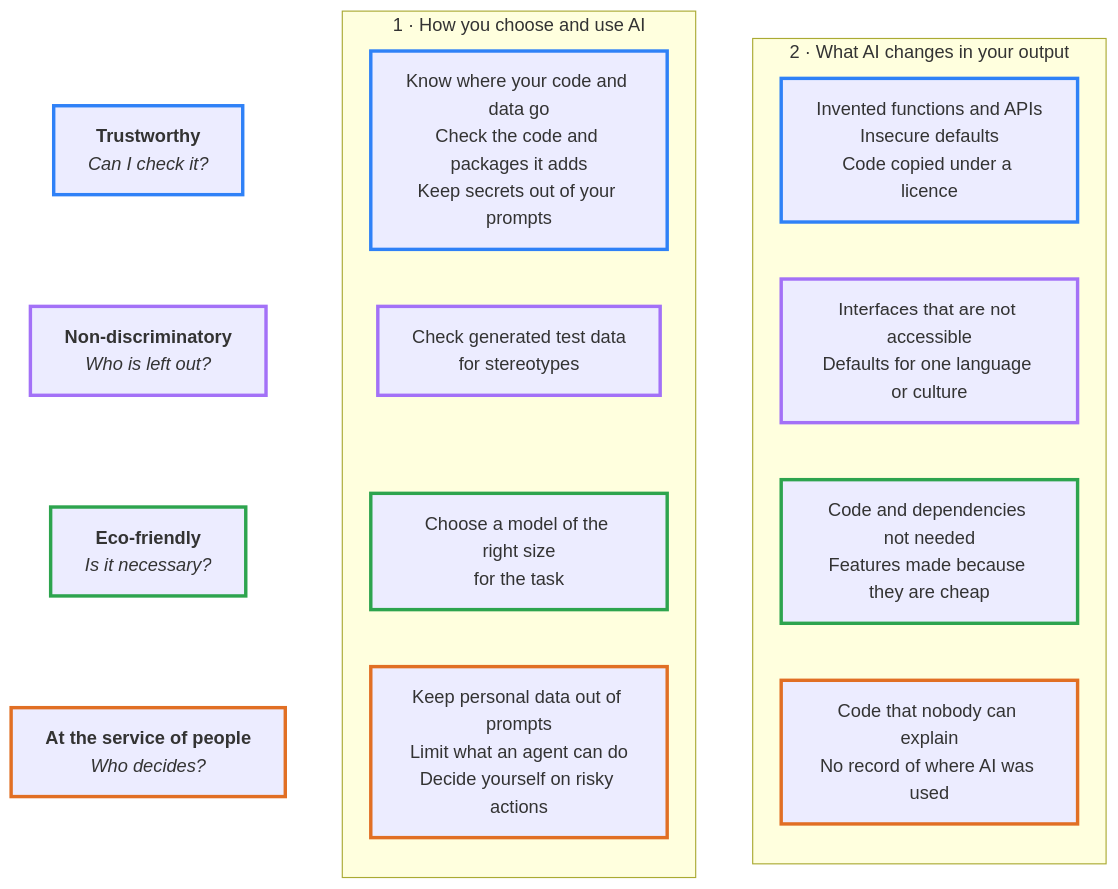
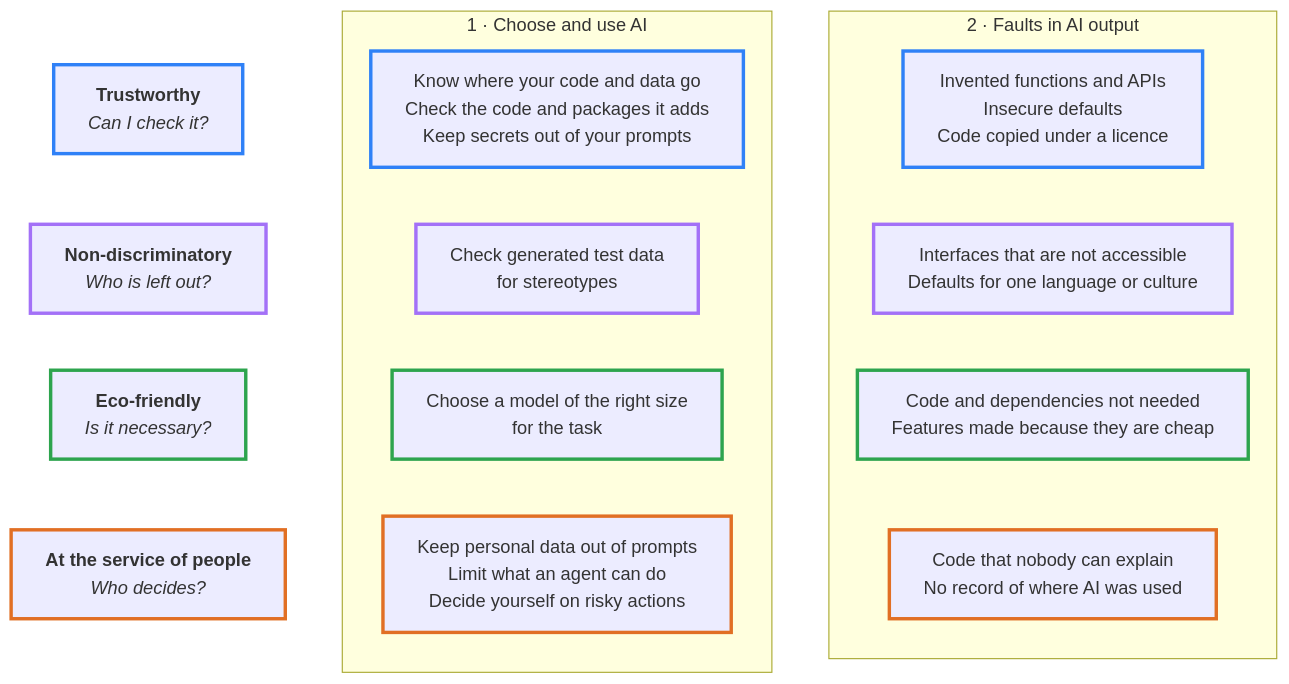
Before and after one commit to standousset/green-ai-coding: the diagram in README.md, drawn with Mermaid.

Commit message:
Fix Mermaid diagram text wrapping on GitHub
- Set flowchart wrappingWidth to 400 so box text keeps its line breaks
- Shorten the two column titles so they fit on one line

````diff
--- a/README.md
+++ b/README.md
@@ -7,38 +7,43 @@
 ```mermaid
+---
+config:
+  flowchart:
+    wrappingWidth: 400
+---
 flowchart LR
   accTitle: Two spaces, four principles
   accDescr: For each of the four principles, what to do when you choose and use AI, and the typical faults that AI brings into your output.
 
   PT["<b>Trustworthy</b><br/><i>Can I check it?</i>"]
   PF["<b>Non-discriminatory</b><br/><i>Who is left out?</i>"]
   PE["<b>Eco-friendly</b><br/><i>Is it necessary?</i>"]
   PH["<b>At the service of people</b><br/><i>Who decides?</i>"]
 
-  subgraph S1["1 · How you choose and use AI"]
+  subgraph S1["1 · Choose and use AI"]
     T1["Know where your code and data go<br/>Check the code and packages it adds<br/>Keep secrets out of your prompts"]
     F1["Check generated test data<br/>for stereotypes"]
     E1["Choose a model of the right size<br/>for the task"]
     H1["Keep personal data out of prompts<br/>Limit what an agent can do<br/>Decide yourself on risky actions"]
   end
 
-  subgraph S2["2 · What AI changes in your output"]
+  subgraph S2["2 · Faults in AI output"]
     T2["Invented functions and APIs<br/>Insecure defaults<br/>Code copied under a licence"]
     F2["Interfaces that are not accessible<br/>Defaults for one language or culture"]
     E2["Code and dependencies not needed<br/>Features made because they are cheap"]
     H2["Code that nobody can explain<br/>No record of where AI was used"]
   end
 
   PT ~~~ T1 ~~~ T2
   PF ~~~ F1 ~~~ F2
   PE ~~~ E1 ~~~ E2
   PH ~~~ H1 ~~~ H2
 
   classDef trust stroke:#2f81f7,stroke-width:3px
   classDef fair stroke:#a371f7,stroke-width:3px
   classDef eco stroke:#2da44e,stroke-width:3px
   classDef human stroke:#e16f24,stroke-width:3px
   class PT,T1,T2 trust
   class PF,F1,F2 fair
   class PE,E1,E2 eco
   class PH,H1,H2 human
 ```
````
